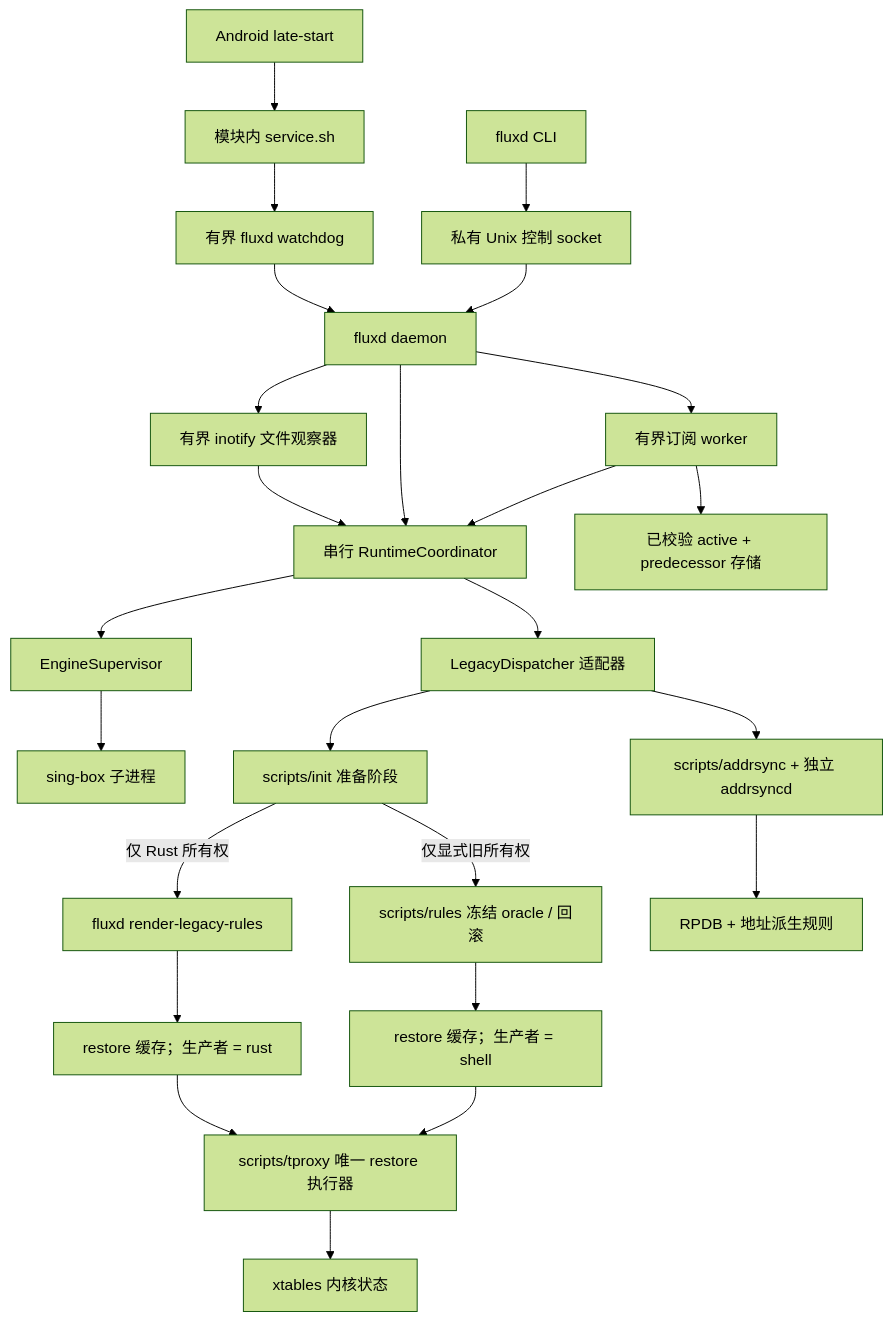
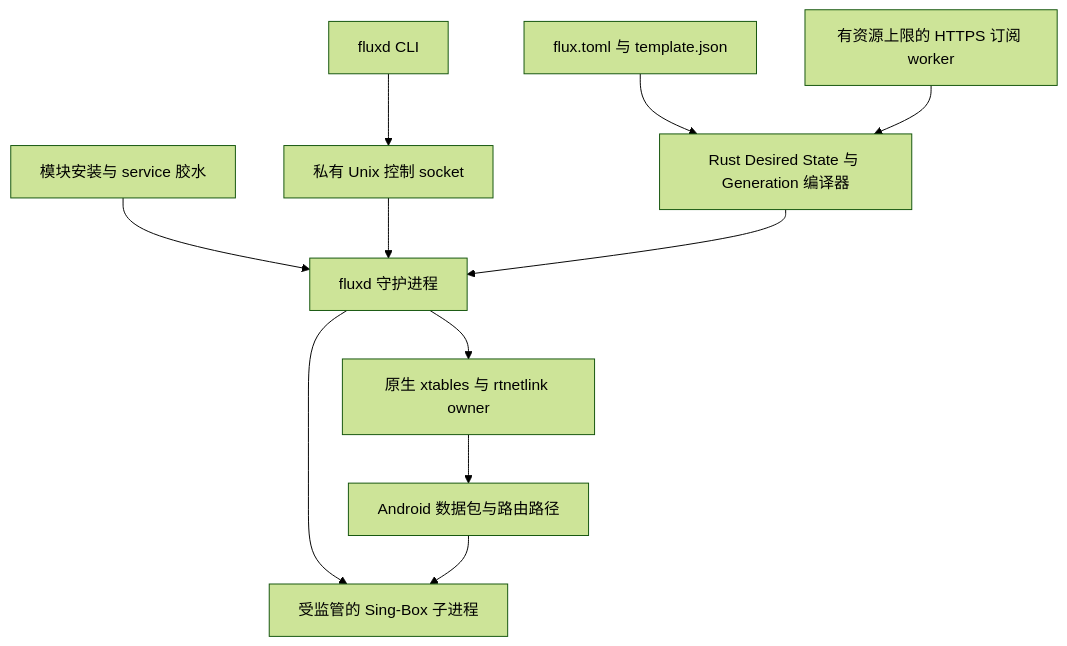
Before and after one commit to Chth1z/Flux: the diagram in README_zh.md, drawn with Mermaid (forest theme). The commit also changed other lines of this file and 4 other files, not shown here.

Commit message:
docs: align guides with native runtime

````diff
--- a/README_zh.md
+++ b/README_zh.md
@@ -96,27 +27,13 @@
 ```mermaid
 flowchart TD
-    Boot["Android late-start"] --> Service["模块内 service.sh"]
-    Service --> Watchdog["有界 fluxd watchdog"]
-    Watchdog --> Fluxd["fluxd daemon"]
+    Glue["模块安装与 service 胶水"] --> Fluxd["fluxd 守护进程"]
     CLI["fluxd CLI"] --> Socket["私有 Unix 控制 socket"]
     Socket --> Fluxd
-    Fluxd --> Observer["有界 inotify 文件观察器"]
-    Observer --> Coordinator
-    Fluxd --> Coordinator["串行 RuntimeCoordinator"]
-    Fluxd --> Subscription["有界订阅 worker"]
-    Subscription --> Store["已校验 active + predecessor 存储"]
-    Subscription --> Coordinator
-    Coordinator --> Engine["EngineSupervisor"]
-    Engine --> SingBox["sing-box 子进程"]
-    Coordinator --> Bridge["LegacyDispatcher 适配器"]
-    Bridge --> Init["scripts/init 准备阶段"]
-    Init -->|"仅 Rust 所有权"| Renderer["fluxd render-legacy-rules"]
-    Init -->|"仅显式旧所有权"| Oracle["scripts/rules 冻结 oracle / 回滚"]
-    Renderer --> Cache["restore 缓存；生产者 = rust"]
-    Oracle --> CacheLegacy["restore 缓存；生产者 = shell"]
-    Cache --> Tproxy["scripts/tproxy 唯一 restore 执行器"]
-    CacheLegacy --> Tproxy
-    Tproxy --> Kernel["xtables 内核状态"]
-    Bridge --> AddrSync["scripts/addrsync + 独立 addrsyncd"]
-    AddrSync --> KernelPolicy["RPDB + 地址派生规则"]
+    Config["flux.toml 与 template.json"] --> Compiler["Rust Desired State 与 Generation 编译器"]
+    Subscription["有资源上限的 HTTPS 订阅 worker"] --> Compiler
+    Compiler --> Fluxd
+    Fluxd --> Engine["受监管的 Sing-Box 子进程"]
+    Fluxd --> Native["原生 xtables 与 rtnetlink owner"]
+    Native --> Kernel["Android 数据包与路由路径"]
+    Kernel --> Engine
 ```
````
